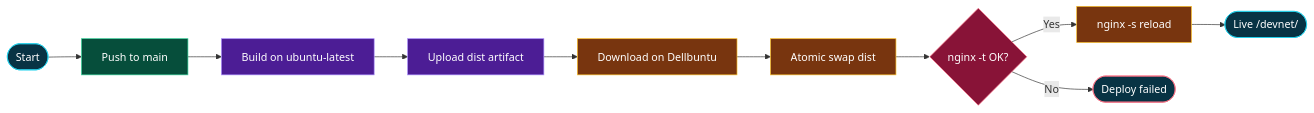
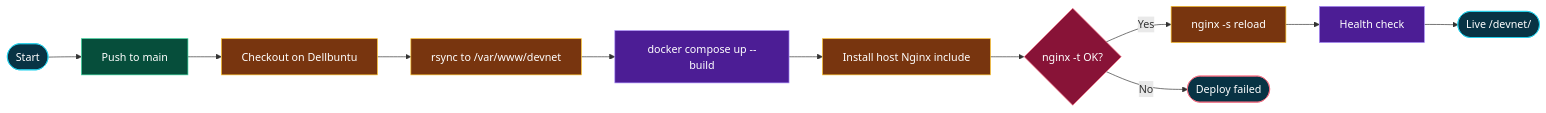
One commit to justaplayground/devnet changed the diagram in docs/DEPLOYMENT.md. Above: the diagram before and after it, drawn with Mermaid. The commit also changed other lines of this file and 45 other files, not shown here.

````diff
--- a/docs/DEPLOYMENT.md
+++ b/docs/DEPLOYMENT.md
@@ -13,23 +12,25 @@
 ```mermaid
 flowchart LR
   A([Start]) --> B[Push to main]
-  B --> C[Build on ubuntu-latest]
-  C --> D[Upload dist artifact]
-  D --> E[Download on Dellbuntu]
-  E --> F[Atomic swap dist]
+  B --> C[Checkout on Dellbuntu]
+  C --> D[rsync to /var/www/devnet]
+  D --> E[docker compose up --build]
+  E --> F[Install host Nginx include]
   F --> G{nginx -t OK?}
   G -->|Yes| H[nginx -s reload]
   G -->|No| X([Deploy failed])
-  H --> Z([Live /devnet/])
+  H --> I[Health check]
+  I --> Z([Live /devnet/])
 
   style A fill:#083344,stroke:#22d3ee,color:#fff
   style Z fill:#083344,stroke:#22d3ee,color:#fff
   style X fill:#083344,stroke:#fb7185,color:#fff
   style B fill:#064e3b,stroke:#34d399,color:#fff
-  style C fill:#4c1d95,stroke:#a78bfa,color:#fff
-  style D fill:#4c1d95,stroke:#a78bfa,color:#fff
-  style E fill:#78350f,stroke:#fbbf24,color:#fff
+  style C fill:#78350f,stroke:#fbbf24,color:#fff
+  style D fill:#78350f,stroke:#fbbf24,color:#fff
+  style E fill:#4c1d95,stroke:#a78bfa,color:#fff
   style F fill:#78350f,stroke:#fbbf24,color:#fff
   style H fill:#78350f,stroke:#fbbf24,color:#fff
+  style I fill:#4c1d95,stroke:#a78bfa,color:#fff
   style G fill:#881337,stroke:#fb7185,color:#fff
 ```
````
